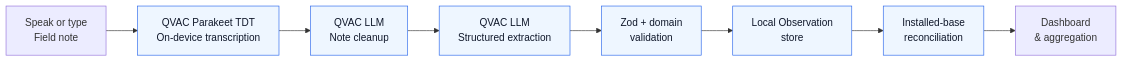
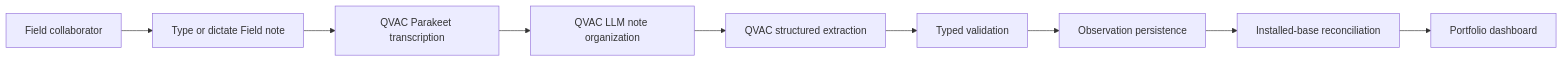
Before and after one commit to quantumquirkxyz/Caffeine-Express: the first of 5 diagrams in README.md, drawn with Mermaid. The commit also changed other lines of this file, not shown here.

Commit message:
docs: rebuild README for FieldSite and challenge compliance

````diff
--- a/README.md
+++ b/README.md
@@ -29,13 +22,11 @@
 ```mermaid
 flowchart LR
-    A["Speak or type\nField note"] --> B["QVAC Parakeet TDT\nOn-device transcription"]
-    B --> C["QVAC LLM\nNote cleanup"]
-    C --> D["QVAC LLM\nStructured extraction"]
-    D --> E["Zod + domain\nvalidation"]
-    E --> F["Local Observation\nstore"]
-    F --> G["Installed-base\nreconciliation"]
-    G --> H["Dashboard\n& aggregation"]
-
-    classDef local fill:#eef6ff,stroke:#2563eb,color:#0f172a;
-    class B,C,D,E,F,G local;
+    A[Field collaborator] --> B[Type or dictate Field note]
+    B --> C[QVAC Parakeet transcription]
+    C --> D[QVAC LLM note organization]
+    D --> E[QVAC structured extraction]
+    E --> F[Typed validation]
+    F --> G[Observation persistence]
+    G --> H[Installed-base reconciliation]
+    H --> I[Portfolio dashboard]
 ```
````
